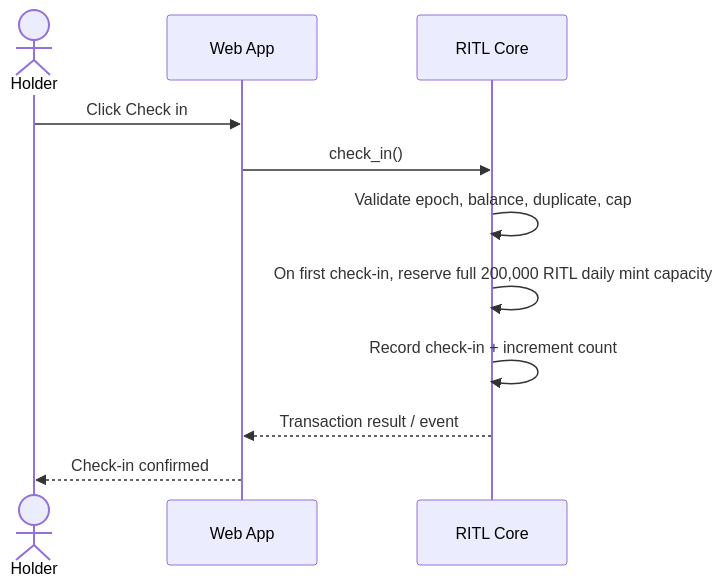
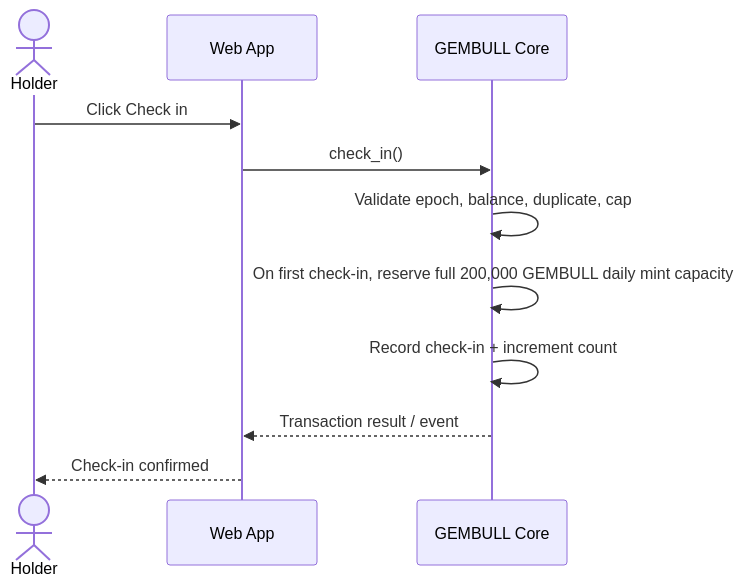
Before and after one commit to kikik27/gembull: the second of 4 diagrams in docs/TECHNICAL_ARCHITECTURE.md, drawn with Mermaid. The commit also changed other lines of this file and 118 other files, not shown here.

````diff
--- a/docs/TECHNICAL_ARCHITECTURE.md
+++ b/docs/TECHNICAL_ARCHITECTURE.md
@@ -103,13 +103,13 @@
 ```mermaid
 sequenceDiagram
     actor Holder
     participant UI as Web App
-    participant C as RITL Core
+    participant C as GEMBULL Core
     Holder->>UI: Click Check in
     UI->>C: check_in()
     C->>C: Validate epoch, balance, duplicate, cap
-    C->>C: On first check-in, reserve full 200,000 RITL daily mint capacity
+    C->>C: On first check-in, reserve full 200,000 GEMBULL daily mint capacity
     C->>C: Record check-in + increment count
     C-->>UI: Transaction result / event
     UI-->>Holder: Check-in confirmed
 ```
````
